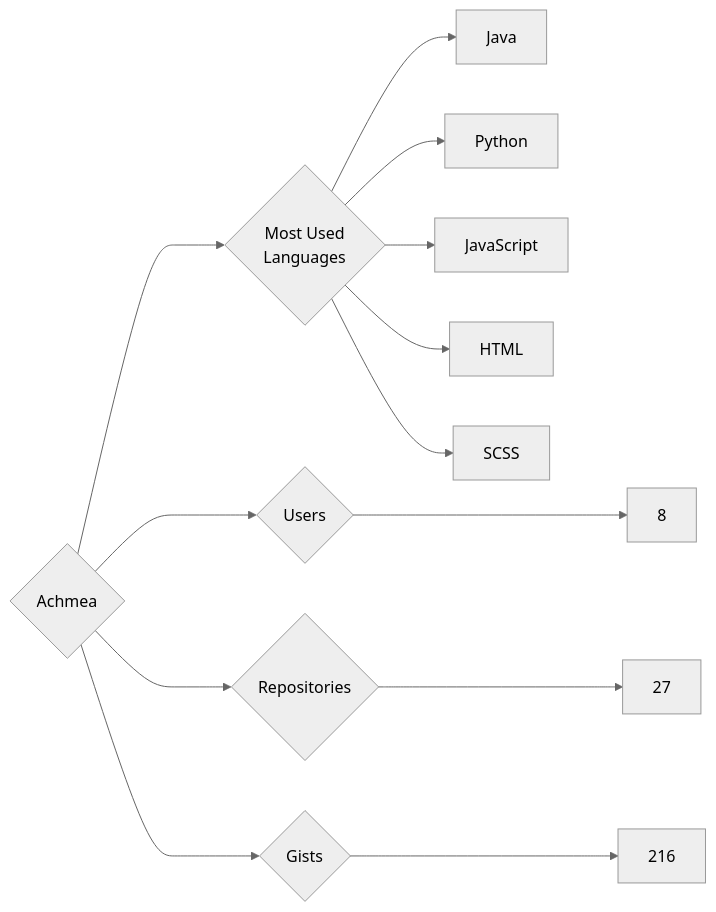
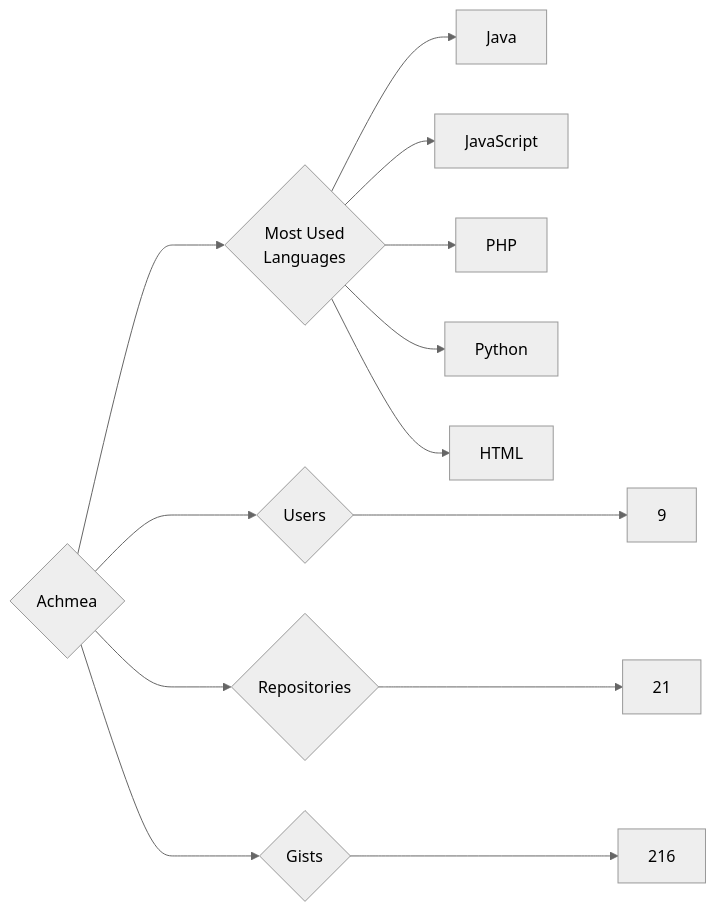
Before and after one commit to trickest/insiders: the diagram in targets/Achmea/README.md, drawn with Mermaid (neutral theme). The commit also changed 953 other files, not shown here.

````diff
--- a/targets/Achmea/README.md
+++ b/targets/Achmea/README.md
@@ -3,13 +3,13 @@
 ```mermaid
 graph LR
 COMPANY_NAME{Achmea}
-COMPANY_NAME ---> U{Users} ---> UN[8]
-COMPANY_NAME ---> R{Repositories} ---> RN[27]
+COMPANY_NAME ---> U{Users} ---> UN[9]
+COMPANY_NAME ---> R{Repositories} ---> RN[21]
 COMPANY_NAME ---> G{Gists} ---> GN[216]
 COMPANY_NAME ---> ML{Most Used<br>Languages}
 ML --> Java[Java]
+ML --> JavaScript[JavaScript]
+ML --> PHP[PHP]
 ML --> Python[Python]
-ML --> JavaScript[JavaScript]
 ML --> HTML[HTML]
-ML --> SCSS[SCSS]
 ```
````
